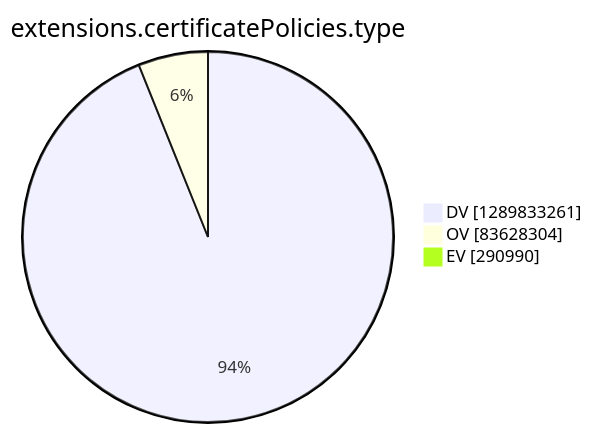
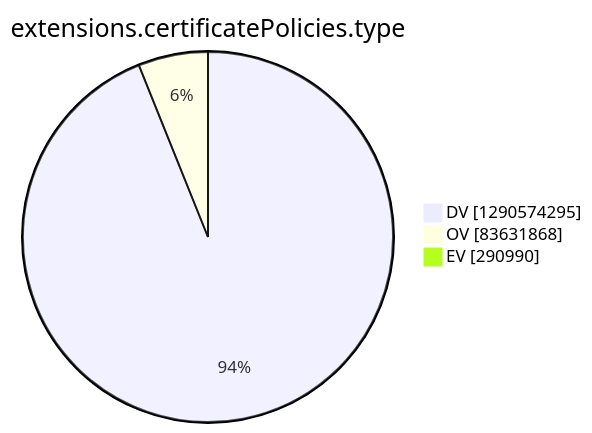
The tenth of 15 diagrams in argon2022/README.md (christiankrug/ctmonitor_visualization), drawn with Mermaid before and after one commit. The commit also changed other lines of this file, not shown here.

````diff
--- a/argon2022/README.md
+++ b/argon2022/README.md
@@ -2771,7 +2771,7 @@
 ```mermaid
 pie showData
 title extensions.certificatePolicies.type
-"DV" :1289833261
-"OV" :83628304
+"DV" :1290574295
+"OV" :83631868
 "EV" :290990
 ```
````
